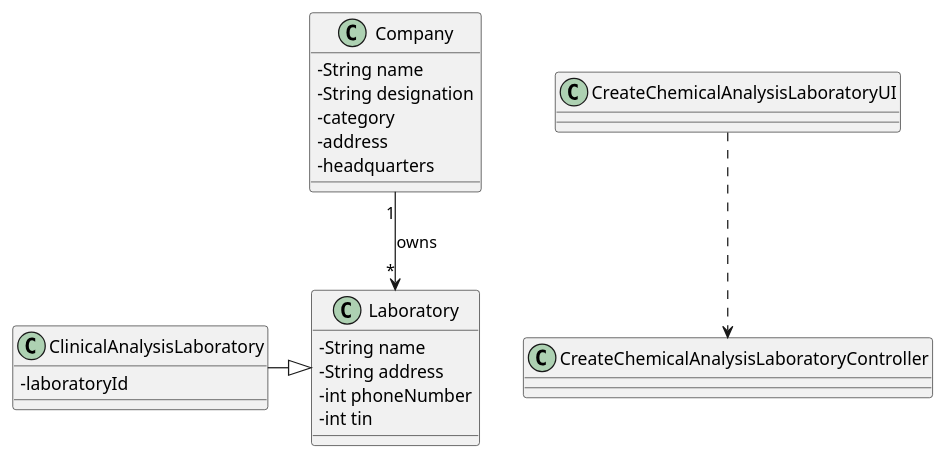
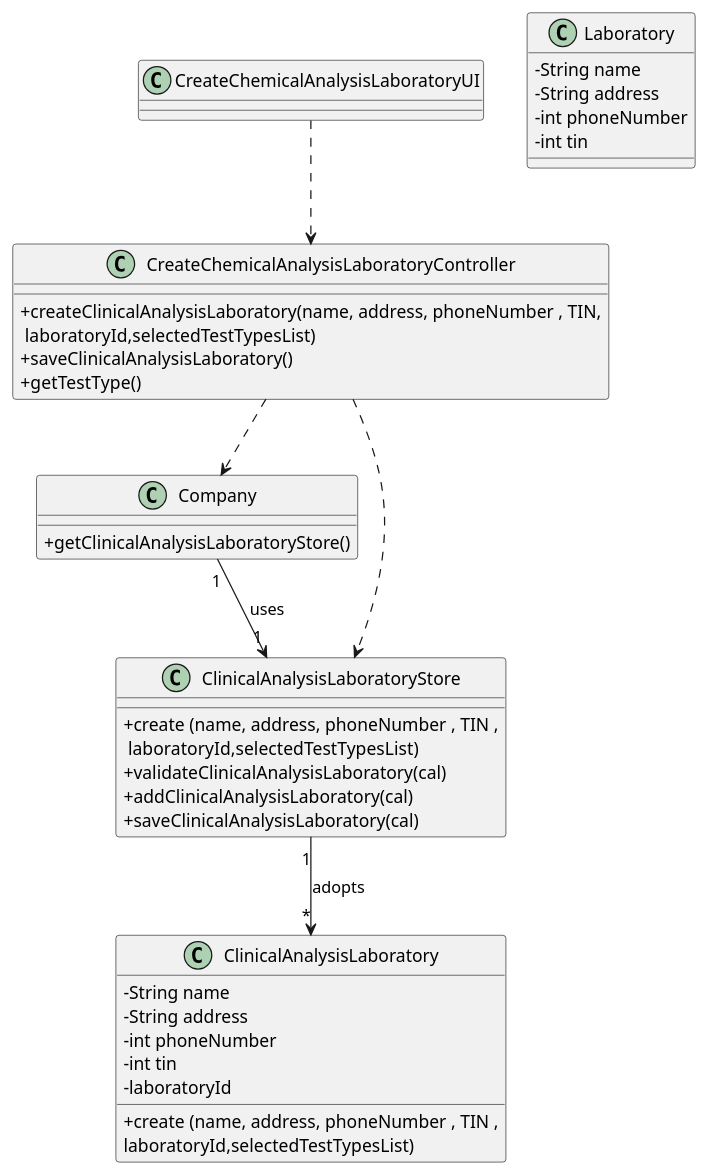
Before and after one commit to manu-07-ela/LAPR2_ISEP: the diagram in docs/SprintB/US08/US08_CD.puml, drawn with PlantUML. The commit also changed 4 other files, not shown here.

```diff
--- a/docs/SprintB/US08/US08_CD.puml
+++ b/docs/SprintB/US08/US08_CD.puml
@@ -1,38 +1,54 @@
 @startuml
 skinparam classAttributeIconSize 0
 
 class CreateChemicalAnalysisLaboratoryUI{
 }
 
 class CreateChemicalAnalysisLaboratoryController{
+  +createClinicalAnalysisLaboratory(name, address, phoneNumber , TIN,\n laboratoryId,selectedTestTypesList)
+  +saveClinicalAnalysisLaboratory()
+  +getTestType()
 }
 
 class Company{
--String name
--String designation
--category
--address
--headquarters
++getClinicalAnalysisLaboratoryStore()
 }
 
 class Laboratory {
   -String name
   -String address
   -int phoneNumber
   -int tin
 }
 
 class ClinicalAnalysisLaboratory {
+  -String name
+  -String address
+  -int phoneNumber
+  -int tin
   -laboratoryId
+  +create (name, address, phoneNumber , TIN ,\nlaboratoryId,selectedTestTypesList)
+
+
+}
+
+class ClinicalAnalysisLaboratoryStore {
+  +create (name, address, phoneNumber , TIN ,\n laboratoryId,selectedTestTypesList)
+  +validateClinicalAnalysisLaboratory(cal)
+  +addClinicalAnalysisLaboratory(cal)
+  +saveClinicalAnalysisLaboratory(cal)
 }
 
 
 
 
 
 
 CreateChemicalAnalysisLaboratoryUI ..> CreateChemicalAnalysisLaboratoryController
-Company "1" --> "*" Laboratory  : owns
-ClinicalAnalysisLaboratory -|> Laboratory
+CreateChemicalAnalysisLaboratoryController ..> Company
+CreateChemicalAnalysisLaboratoryController ...> ClinicalAnalysisLaboratoryStore
+Company "1" --> "1" ClinicalAnalysisLaboratoryStore : uses
+ClinicalAnalysisLaboratoryStore "1" --> "*" ClinicalAnalysisLaboratory : adopts
+
 
 @enduml
```
